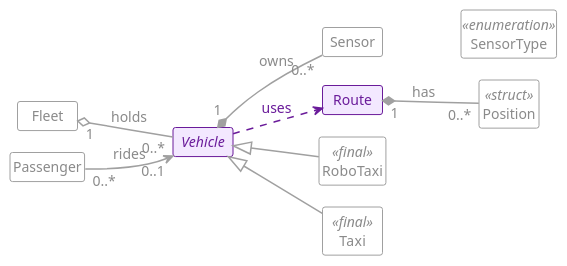
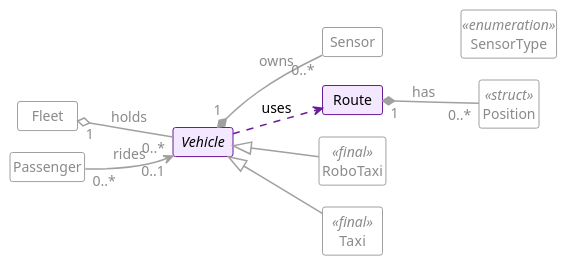
Before and after one commit to zeidk/enpm702-fall-2026-cpp: the diagram in project/week9/uml/model_l9_dependency.plantuml, drawn with PlantUML. The commit also changed 39 other files, not shown here.

```diff
--- a/project/week9/uml/model_l9_dependency.plantuml
+++ b/project/week9/uml/model_l9_dependency.plantuml
@@ -1,91 +1,91 @@
 @startuml model_l9_dependency
 ' Generated for the slides.
 !theme mono
 skinparam backgroundColor white
 skinparam defaultFontName "Fira Sans"
 skinparam defaultFontSize 14
 skinparam shadowing false
 skinparam classAttributeIconSize 0
 skinparam nodesep 22
 skinparam ranksep 50
 skinparam ArrowThickness 1.5
 hide circle
 hide members
 skinparam minClassWidth 60
 skinparam classStereotypeFontSize 14
 left to right direction
 
 class Fleet #back:FFFFFF;line:A0A0A0;text:8A8A8A {
   - vehicles_ : vector<shared_ptr<Vehicle>>
   + add(shared_ptr<Vehicle>) : void
   + remove(int) : bool
   + size() : size_t
 }
 class Passenger #back:FFFFFF;line:A0A0A0;text:8A8A8A {
   - name_ : string
   - ride_ : weak_ptr<Vehicle>
   + board(shared_ptr<Vehicle>) : void
   + leave() : void
 }
-abstract class Vehicle #back:F3E8FF;line:6A1B9A;text:6A1B9A {
+abstract class Vehicle #back:F3E8FF;line:6A1B9A;text:000000 {
   - id_ : int
   - {static} next_id_ : int
   - max_speed_ : double
   - speed_ : double
   - color_ : string
   - mileage_ : double
   - sensors_ : vector<unique_ptr<Sensor>>
   + Vehicle(double)
   + get_id() : int
   + get_color() : const string&
   + get_max_speed() : double
   + get_speed() : double
   + set_speed(double) : void
   + get_mileage() : double
   + add_mileage(double) : void
   + add_sensor(SensorType, double) : int
   + sensor_count() : size_t
   + get_sensors() : const vector<unique_ptr<Sensor>>&
   + {abstract} drive(const Route&) : void
   # log_event(const string&) : void
 }
 class Sensor #back:FFFFFF;line:A0A0A0;text:8A8A8A {
   - id_ : int
   - type_ : SensorType
   - range_ : double
   + Sensor(int, SensorType, double)
   + get_id() : int
   + get_type() : SensorType
   + get_range() : double
 }
 enum SensorType <<enumeration>> #back:FFFFFF;line:A0A0A0;text:8A8A8A {
   lidar
   camera
   radar
 }
-class Route #back:F3E8FF;line:6A1B9A;text:6A1B9A {
+class Route #back:F3E8FF;line:6A1B9A;text:000000 {
   - waypoints_ : vector<Position>
   + add(Position) : void
   + length() : double
 }
 class Position <<struct>> #back:FFFFFF;line:A0A0A0;text:8A8A8A {
   + x : double
   + y : double
 }
 class RoboTaxi <<final>> #back:FFFFFF;line:A0A0A0;text:8A8A8A {
   + drive(const Route&) : void
 }
 class Taxi <<final>> #back:FFFFFF;line:A0A0A0;text:8A8A8A {
   - driver_name_ : string
   + drive(const Route&) : void
 }
 
 Fleet "<color:#8A8A8A>1</color>" o-[#A0A0A0]- "<color:#8A8A8A>0..*</color>" Vehicle : <color:#8A8A8A>holds</color>
 Passenger "<color:#8A8A8A>0..*</color>" -[#A0A0A0]-> "<color:#8A8A8A>0..1</color>" Vehicle : <color:#8A8A8A>rides</color>
 Vehicle "<color:#8A8A8A>1</color>" *-[#A0A0A0]- "<color:#8A8A8A>0..*</color>" Sensor : <color:#8A8A8A>owns</color>
-Vehicle .[#6A1B9A,thickness=2,dashed].> Route : <color:#6A1B9A>uses</color>
+Vehicle .[#6A1B9A,thickness=2,dashed].> Route : <color:#000000>uses</color>
 Route "<color:#8A8A8A>1</color>" *-[#A0A0A0]- "<color:#8A8A8A>0..*</color>" Position : <color:#8A8A8A>has</color>
 Sensor -[hidden]-> SensorType
 Vehicle <|-[#A0A0A0]- RoboTaxi
 Vehicle <|-[#A0A0A0]- Taxi
 @enduml
```
